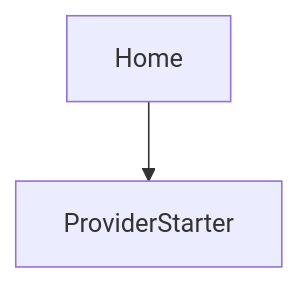
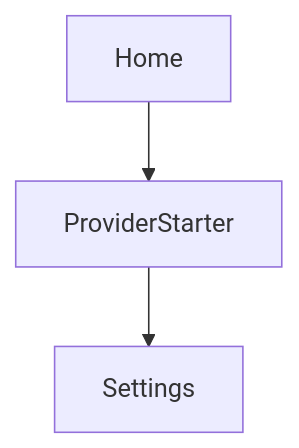
The diagram in Playlister/FEATURES.md (Hernandva/Playlister), drawn with Mermaid before and after one commit. The commit also changed other lines of this file and 8 other files, not shown here.

````diff
--- a/Playlister/FEATURES.md
+++ b/Playlister/FEATURES.md
@@ -155,5 +156,6 @@
 ```mermaid
 graph TD
     Home
     Home --> ProviderStarter
+    ProviderStarter --> Settings
 ```
````
